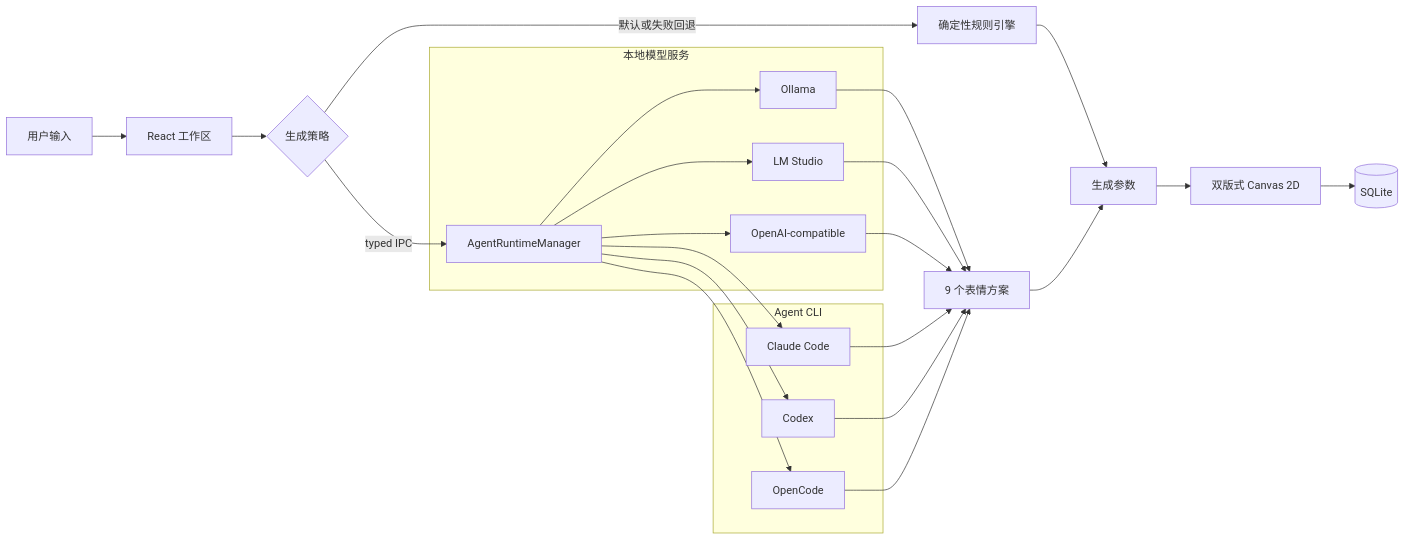
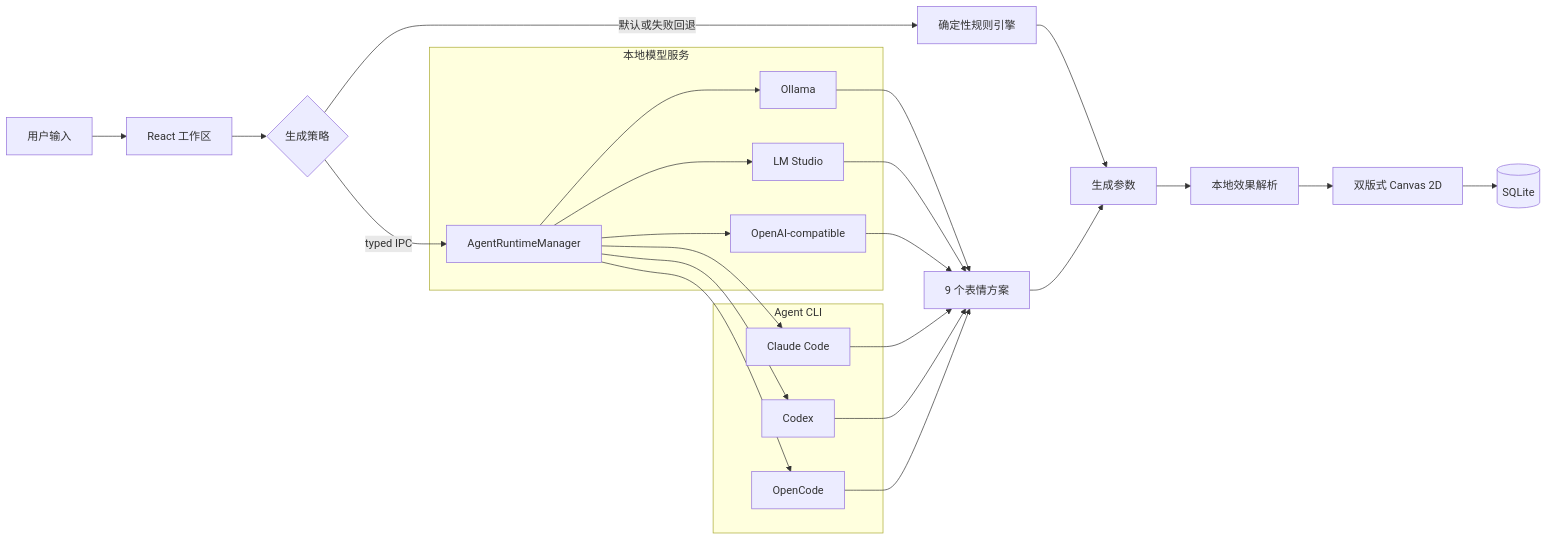
The diagram in docs/TECHNICAL_SOLUTION.md (YangMingSJTU/emoji-pie), drawn with Mermaid before and after one commit. The commit also changed other lines of this file and 17 other files, not shown here.

````diff
--- a/docs/TECHNICAL_SOLUTION.md
+++ b/docs/TECHNICAL_SOLUTION.md
@@ -16,30 +16,31 @@
 ```mermaid
 flowchart LR
     U["用户输入"] --> R["React 工作区"]
     R --> P{"生成策略"}
     P -->|"默认或失败回退"| F["确定性规则引擎"]
     P -->|"typed IPC"| M["AgentRuntimeManager"]
 
     subgraph LOCAL["本地模型服务"]
         M --> O["Ollama"]
         M --> L["LM Studio"]
         M --> A["OpenAI-compatible"]
     end
 
     subgraph CLI["Agent CLI"]
         M --> C["Claude Code"]
         M --> X["Codex"]
         M --> K["OpenCode"]
     end
 
     O --> V["9 个表情方案"]
     L --> V
     A --> V
     C --> V
     X --> V
     K --> V
     F --> G["生成参数"]
     V --> G
-    G --> D["双版式 Canvas 2D"]
+    G --> E["本地效果解析"]
+    E --> D["双版式 Canvas 2D"]
     D --> S[("SQLite")]
 ```
````
